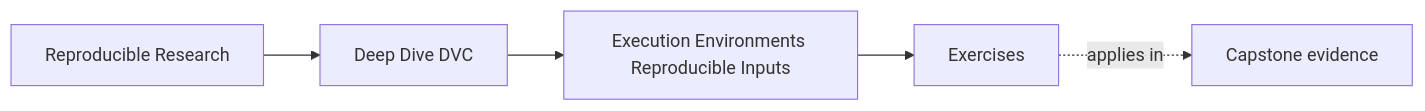
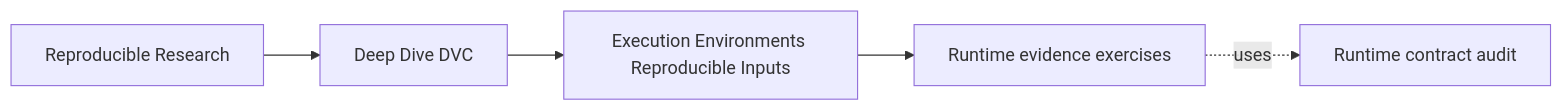
The first of 3 diagrams in programs/reproducible-research/deep-dive-dvc/course-book/module-03-execution-environments-reproducible-inputs/exercises.md (bijux/bijux-masterclass), drawn with Mermaid before and after one commit. The commit also changed other lines of this file, not shown here.

Commit message:
docs(dvc): make runtime practice produce reviewable evidence

````diff
--- a/programs/reproducible-research/deep-dive-dvc/course-book/module-03-execution-environments-reproducible-inputs/exercises.md
+++ b/programs/reproducible-research/deep-dive-dvc/course-book/module-03-execution-environments-reproducible-inputs/exercises.md
@@ -7,11 +6,11 @@
 ```mermaid
 graph LR
   family["Reproducible Research"]
   program["Deep Dive DVC"]
   section["Execution Environments Reproducible Inputs"]
-  page["Exercises"]
-  capstone["Capstone evidence"]
+  page["Runtime evidence exercises"]
+  capstone["Runtime contract audit"]
 
   family --> program --> section --> page
-  page -.applies in.-> capstone
+  page -.uses.-> capstone
 ```
````
